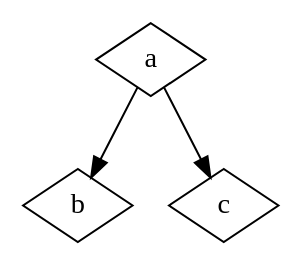
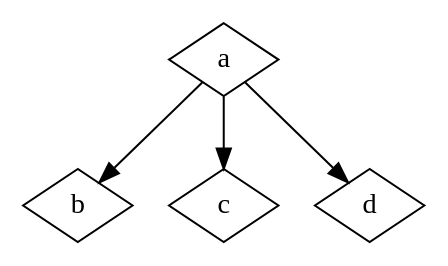
One commit to dileep018kumar/graphvisualizer changed the diagram in graph.gv. Above: the diagram before and after it, drawn with Graphviz.

```diff
--- a/graph.gv
+++ b/graph.gv
@@ -1,4 +1,4 @@
 digraph{
 node[shape=diamond]
-    a->{b,c}[arrowshape=lbox]
+    a->{b,c,d}
 }
```
